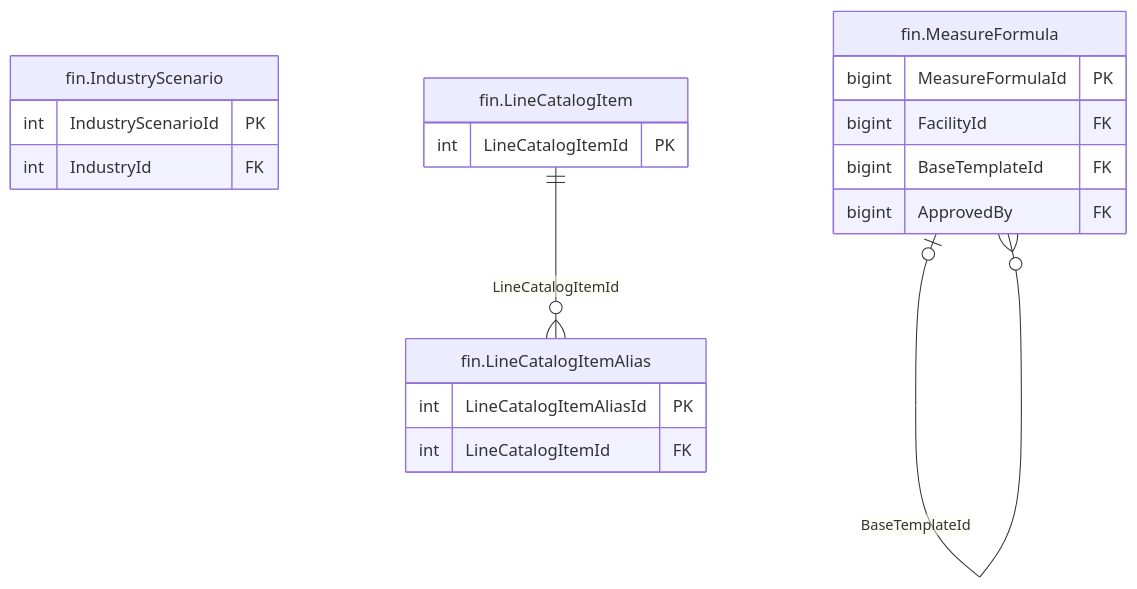
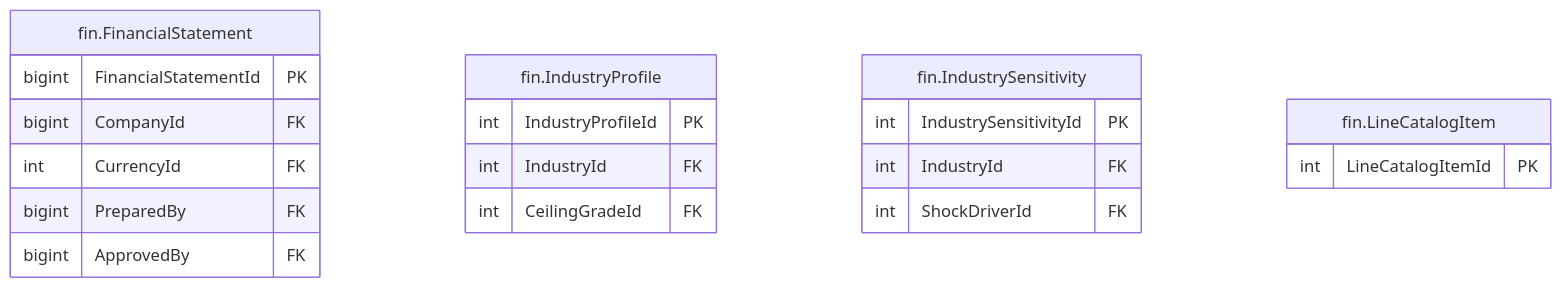
Before and after one commit to thawrasy/smartlines: the diagram in treasury-platform/docs/diagrams/erd/m5_financials_7.mmd, drawn with Mermaid. The commit also changed 163 other files, not shown here.

```diff
--- a/treasury-platform/docs/diagrams/erd/m5_financials_7.mmd
+++ b/treasury-platform/docs/diagrams/erd/m5_financials_7.mmd
@@ -1,21 +1,22 @@
-%% م5 · البيانات المالية والأرصدة (7/11) — Financial statements & balances
+%% م5 · البيانات المالية والأرصدة (7/13) — Financial statements & balances
 erDiagram
-  fin_IndustryScenario["fin.IndustryScenario"] {
-    int IndustryScenarioId PK
+  fin_FinancialStatement["fin.FinancialStatement"] {
+    bigint FinancialStatementId PK
+    bigint CompanyId FK
+    int CurrencyId FK
+    bigint PreparedBy FK
+    bigint ApprovedBy FK
+  }
+  fin_IndustryProfile["fin.IndustryProfile"] {
+    int IndustryProfileId PK
     int IndustryId FK
+    int CeilingGradeId FK
+  }
+  fin_IndustrySensitivity["fin.IndustrySensitivity"] {
+    int IndustrySensitivityId PK
+    int IndustryId FK
+    int ShockDriverId FK
   }
   fin_LineCatalogItem["fin.LineCatalogItem"] {
     int LineCatalogItemId PK
   }
-  fin_LineCatalogItemAlias["fin.LineCatalogItemAlias"] {
-    int LineCatalogItemAliasId PK
-    int LineCatalogItemId FK
-  }
-  fin_MeasureFormula["fin.MeasureFormula"] {
-    bigint MeasureFormulaId PK
-    bigint FacilityId FK
-    bigint BaseTemplateId FK
-    bigint ApprovedBy FK
-  }
-  fin_LineCatalogItem ||--o{ fin_LineCatalogItemAlias : "LineCatalogItemId"
-  fin_MeasureFormula |o--o{ fin_MeasureFormula : "BaseTemplateId"
```
